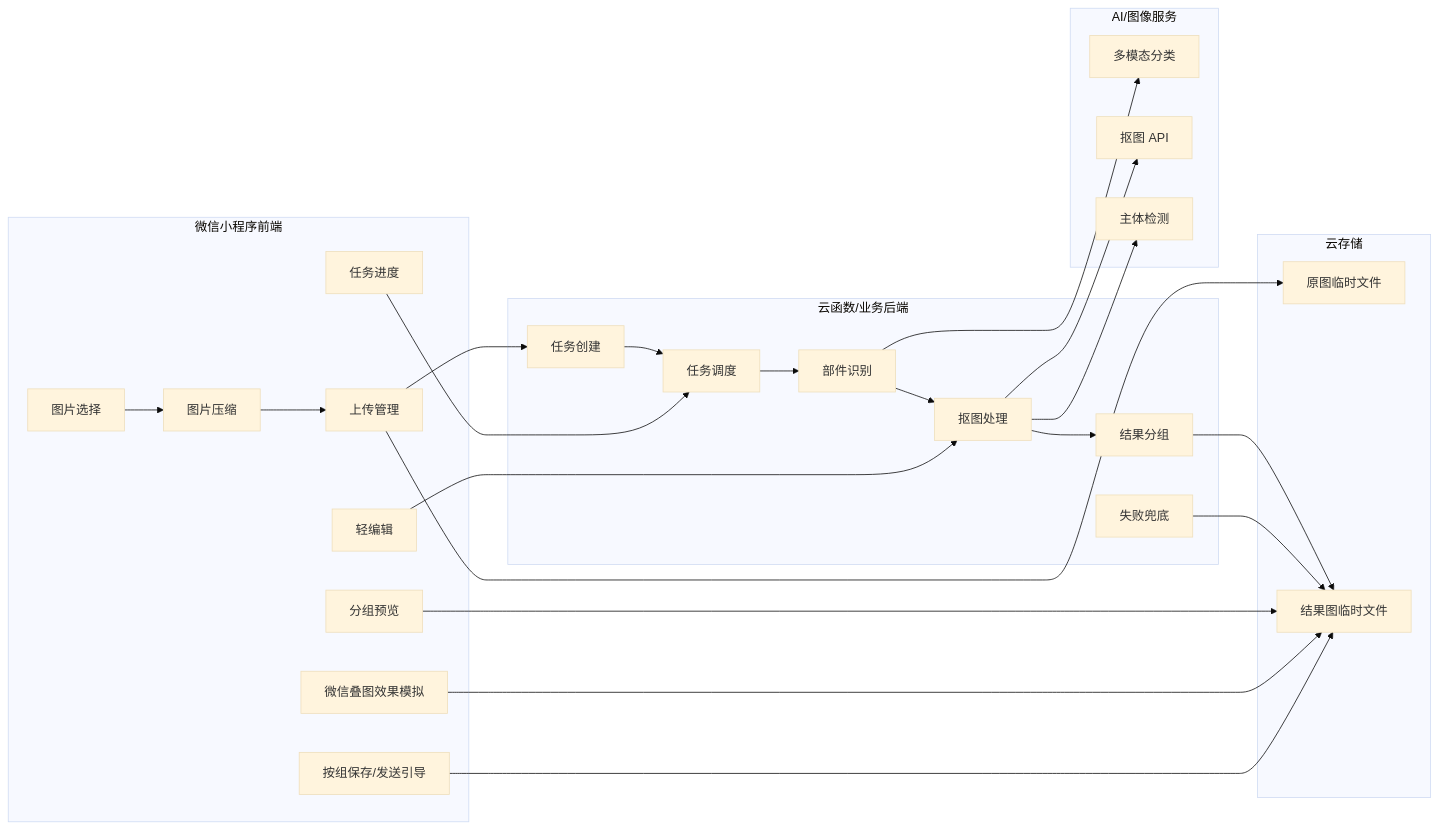
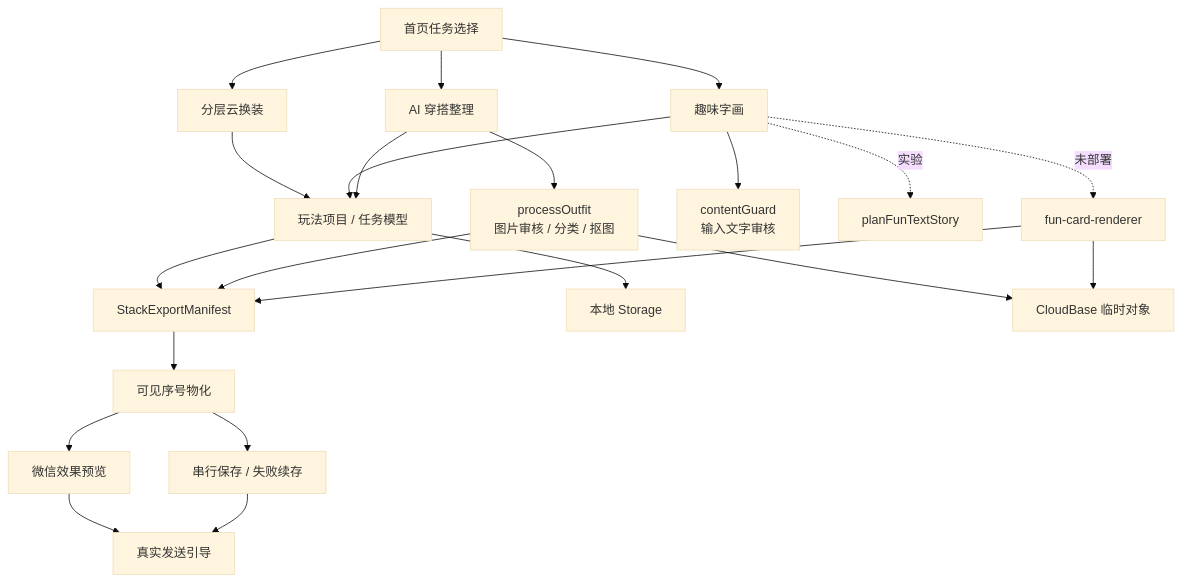
One commit to Yiyang0659/WePicTool changed the first of 3 diagrams in docs/product/TECHNICAL_SPEC.md. Above: the diagram before and after it, drawn with Mermaid (base theme). The commit also changed other lines of this file and 95 other files, not shown here.

````diff
--- a/docs/product/TECHNICAL_SPEC.md
+++ b/docs/product/TECHNICAL_SPEC.md
@@ -65,50 +75,28 @@
 ```mermaid
-flowchart LR
-    subgraph MiniApp["微信小程序前端"]
-        A1["图片选择"]
-        A2["图片压缩"]
-        A3["上传管理"]
-        A4["任务进度"]
-        A5["分组预览"]
-        A6["微信叠图效果模拟"]
-        A7["轻编辑"]
-        A8["按组保存/发送引导"]
-    end
+flowchart TD
+    HOME["首页任务选择"] --> DRESS["分层云换装"]
+    HOME --> FUN["趣味字画"]
+    HOME --> OUTFIT["AI 穿搭整理"]
 
-    subgraph Cloud["云函数/业务后端"]
-        B1["任务创建"]
-        B2["任务调度"]
-        B3["部件识别"]
-        B4["抠图处理"]
-        B5["结果分组"]
-        B6["失败兜底"]
-    end
+    DRESS --> PROJECT["玩法项目 / 任务模型"]
+    FUN --> PROJECT
+    OUTFIT --> PROJECT
 
-    subgraph AI["AI/图像服务"]
-        C1["多模态分类"]
-        C2["抠图 API"]
-        C3["主体检测"]
-    end
+    OUTFIT --> PO["processOutfit\n图片审核 / 分类 / 抠图"]
+    FUN --> CG["contentGuard\n输入文字审核"]
+    FUN -.实验.-> PLAN["planFunTextStory"]
+    FUN -.未部署.-> RENDER["fun-card-renderer"]
 
-    subgraph Storage["云存储"]
-        D1["原图临时文件"]
-        D2["结果图临时文件"]
-    end
+    PROJECT --> MANIFEST["StackExportManifest"]
+    PO --> MANIFEST
+    RENDER --> MANIFEST
+    MANIFEST --> BADGE["可见序号物化"]
+    BADGE --> PREVIEW["微信效果预览"]
+    BADGE --> SAVE["串行保存 / 失败续存"]
+    PREVIEW --> GUIDE["真实发送引导"]
+    SAVE --> GUIDE
 
-    A1 --> A2 --> A3 --> B1
-    A3 --> D1
-    B1 --> B2
-    B2 --> B3
-    B3 --> C1
-    B3 --> B4
-    B4 --> C2
-    B4 --> C3
-    B4 --> B5
-    B5 --> D2
-    B6 --> D2
-    A4 --> B2
-    A5 --> D2
-    A6 --> D2
-    A7 --> B4
-    A8 --> D2
+    PROJECT --> LOCAL["本地 Storage"]
+    PO --> CLOUD["CloudBase 临时对象"]
+    RENDER --> CLOUD
 ```
````
